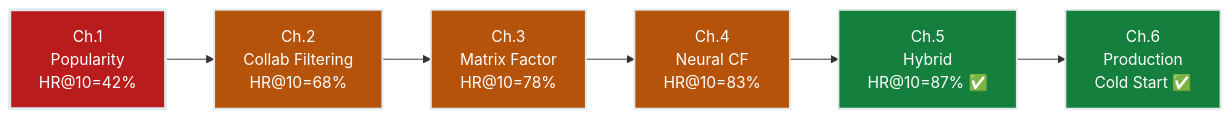
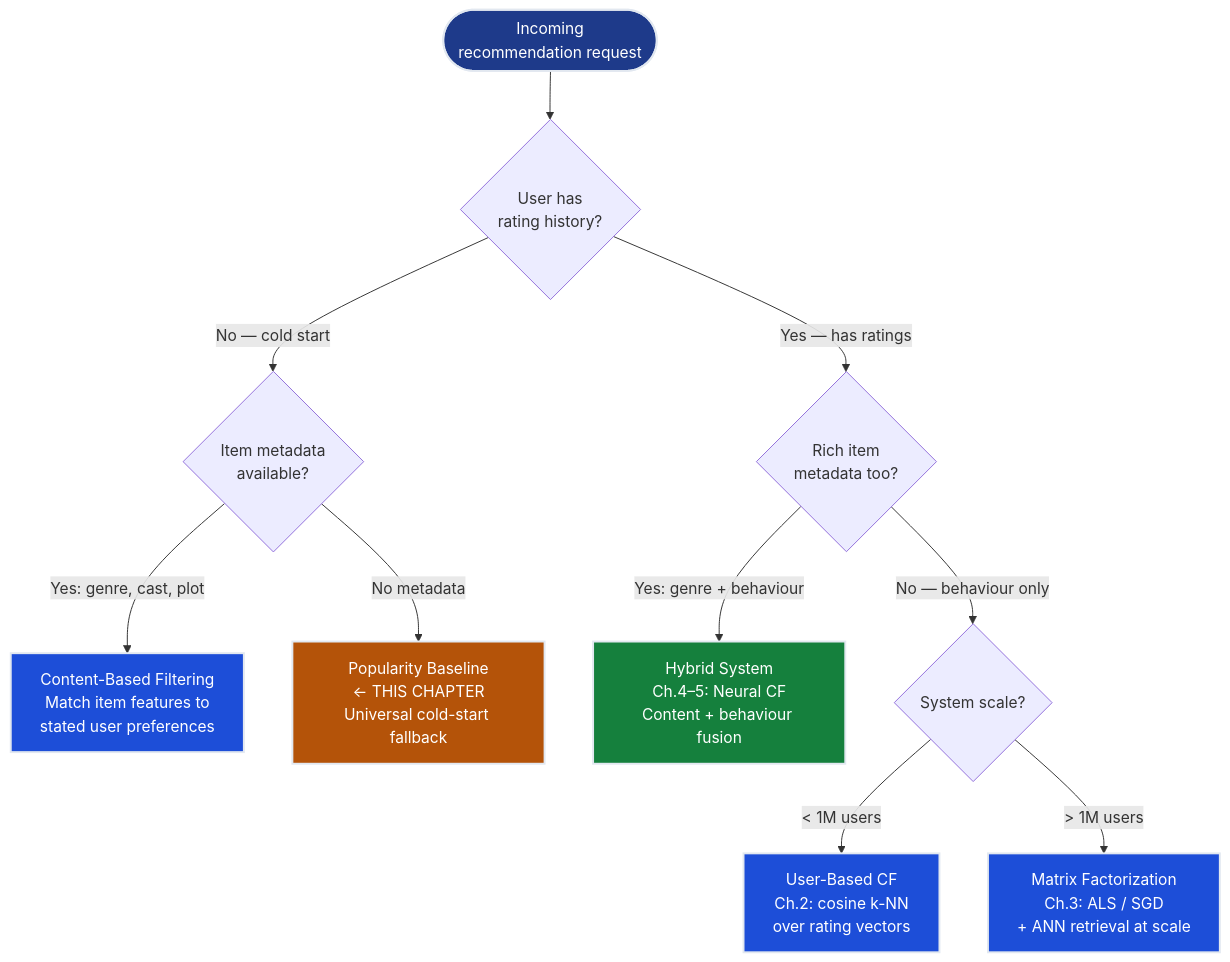
The fourth of 4 diagrams in notes/01-ml/04_recommender_systems/ch01_fundamentals/README.md (deepakshamsft/ai-portfolio), drawn with Mermaid before and after one commit. The commit also changed other lines of this file and 727 other files, not shown here.

````diff
--- a/notes/01-ml/04_recommender_systems/ch01_fundamentals/README.md
+++ b/notes/01-ml/04_recommender_systems/ch01_fundamentals/README.md
@@ -414,15 +549,21 @@
 ```mermaid
-flowchart LR
-    CH1["Ch.1<br/>Popularity<br/>HR@10=42%"] --> CH2["Ch.2<br/>Collab Filtering<br/>HR@10=68%"]
-    CH2 --> CH3["Ch.3<br/>Matrix Factor<br/>HR@10=78%"]
-    CH3 --> CH4["Ch.4<br/>Neural CF<br/>HR@10=83%"]
-    CH4 --> CH5["Ch.5<br/>Hybrid<br/>HR@10=87% ✅"]
-    CH5 --> CH6["Ch.6<br/>Production<br/>Cold Start ✅"]
-    
-    style CH1 fill:#b91c1c,stroke:#e2e8f0,stroke-width:3px,color:#ffffff
-    style CH2 fill:#b45309,stroke:#e2e8f0,stroke-width:2px,color:#ffffff
-    style CH3 fill:#b45309,stroke:#e2e8f0,stroke-width:2px,color:#ffffff
-    style CH4 fill:#b45309,stroke:#e2e8f0,stroke-width:2px,color:#ffffff
-    style CH5 fill:#15803d,stroke:#e2e8f0,stroke-width:2px,color:#ffffff
-    style CH6 fill:#15803d,stroke:#e2e8f0,stroke-width:2px,color:#ffffff
+flowchart TD
+    START(["Incoming<br/>recommendation request"]) --> HIST{"User has<br/>rating history?"}
+
+    HIST -->|"No — cold start"| META{"Item metadata<br/>available?"}
+    META -->|"Yes: genre, cast, plot"| CB["Content-Based Filtering<br/>Match item features to<br/>stated user preferences"]
+    META -->|"No metadata"| POP_COLD["Popularity Baseline<br/>← THIS CHAPTER<br/>Universal cold-start fallback"]
+
+    HIST -->|"Yes — has ratings"| RICH{"Rich item<br/>metadata too?"}
+    RICH -->|"Yes: genre + behaviour"| HYB["Hybrid System<br/>Ch.4–5: Neural CF<br/>Content + behaviour fusion"]
+    RICH -->|"No — behaviour only"| SCALEQ{"System scale?"}
+    SCALEQ -->|"< 1M users"| UCF["User-Based CF<br/>Ch.2: cosine k-NN<br/>over rating vectors"]
+    SCALEQ -->|"> 1M users"| MF["Matrix Factorization<br/>Ch.3: ALS / SGD<br/>+ ANN retrieval at scale"]
+
+    style START fill:#1e3a8a,stroke:#e2e8f0,stroke-width:2px,color:#ffffff
+    style POP_COLD fill:#b45309,stroke:#e2e8f0,stroke-width:2px,color:#ffffff
+    style CB fill:#1d4ed8,stroke:#e2e8f0,stroke-width:2px,color:#ffffff
+    style HYB fill:#15803d,stroke:#e2e8f0,stroke-width:2px,color:#ffffff
+    style UCF fill:#1d4ed8,stroke:#e2e8f0,stroke-width:2px,color:#ffffff
+    style MF fill:#1d4ed8,stroke:#e2e8f0,stroke-width:2px,color:#ffffff
 ```
````
